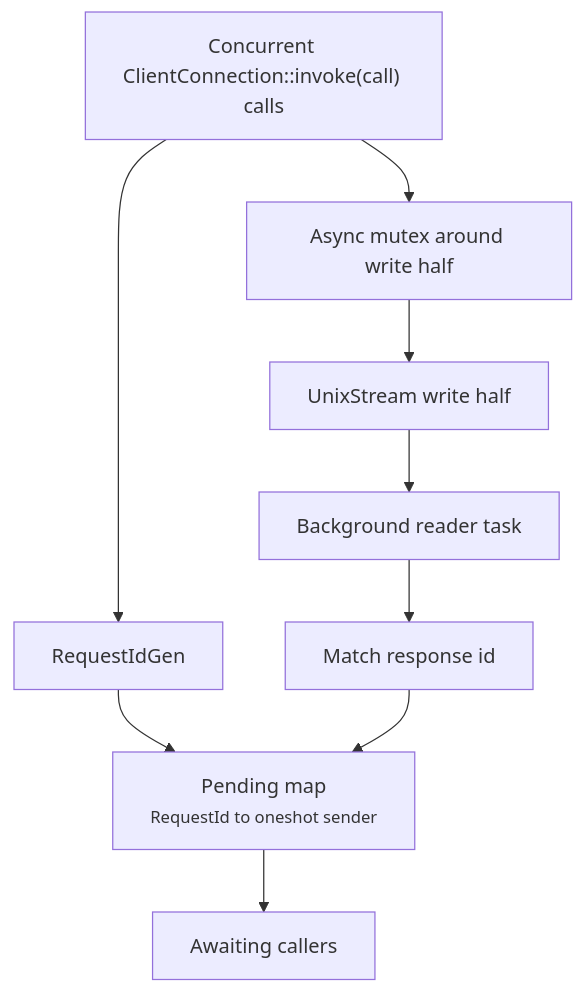
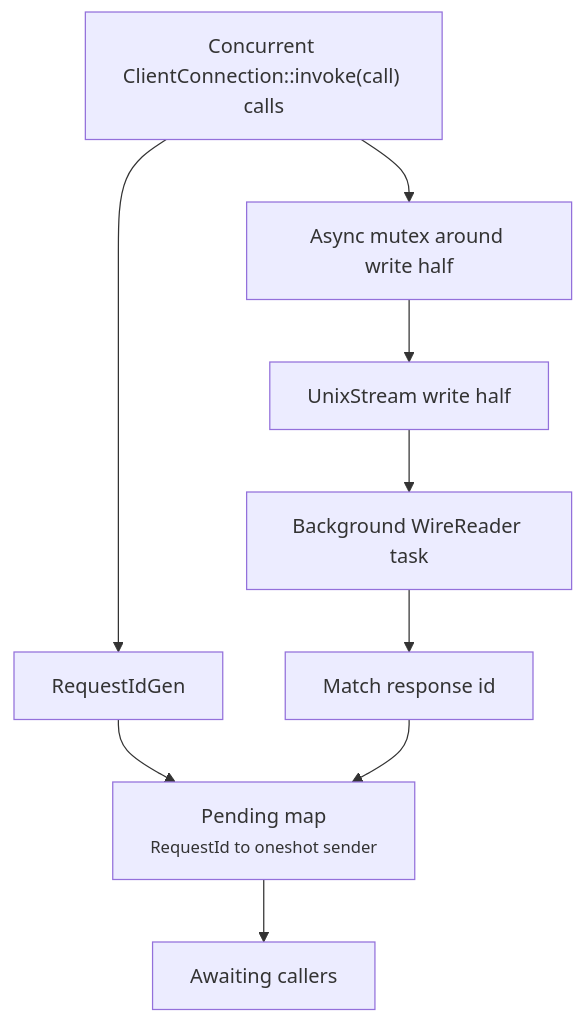
Before and after one commit to rust10x/rust10x: the fifth of 7 diagrams in handbook/guide/domain/ipc/ipc-socket-design.md, drawn with Mermaid. The commit also changed other lines of this file and 4 other files, not shown here.

````diff
--- a/handbook/guide/domain/ipc/ipc-socket-design.md
+++ b/handbook/guide/domain/ipc/ipc-socket-design.md
@@ -149,11 +151,11 @@
 ```mermaid
 flowchart TB
     Calls["Concurrent ClientConnection::invoke(call) calls"] --> Id["RequestIdGen"]
     Id --> Pending["Pending map<br /><small>RequestId to oneshot sender</small>"]
     Calls --> Writer["Async mutex around write half"]
     Writer --> Socket["UnixStream write half"]
-    Socket --> Reader["Background reader task"]
+    Socket --> Reader["Background WireReader task"]
     Reader --> Match["Match response id"]
     Match --> Pending
     Pending --> Callers["Awaiting callers"]
 ```
````
